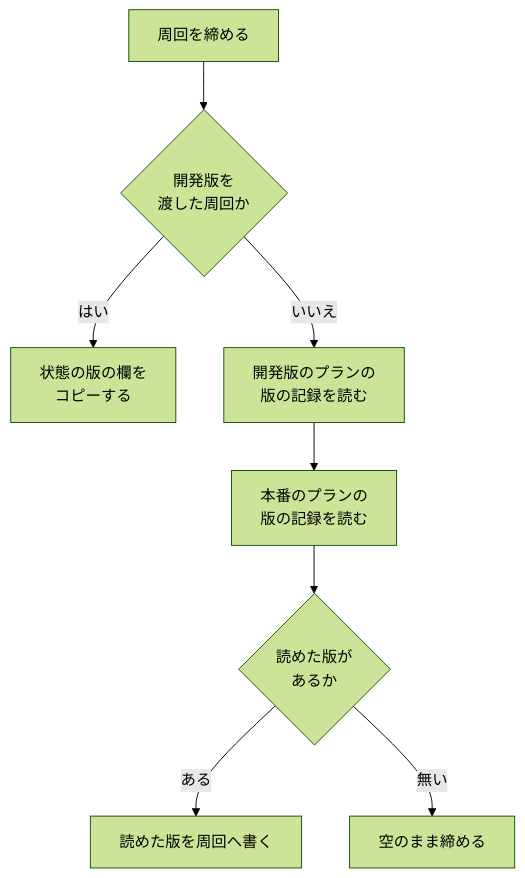
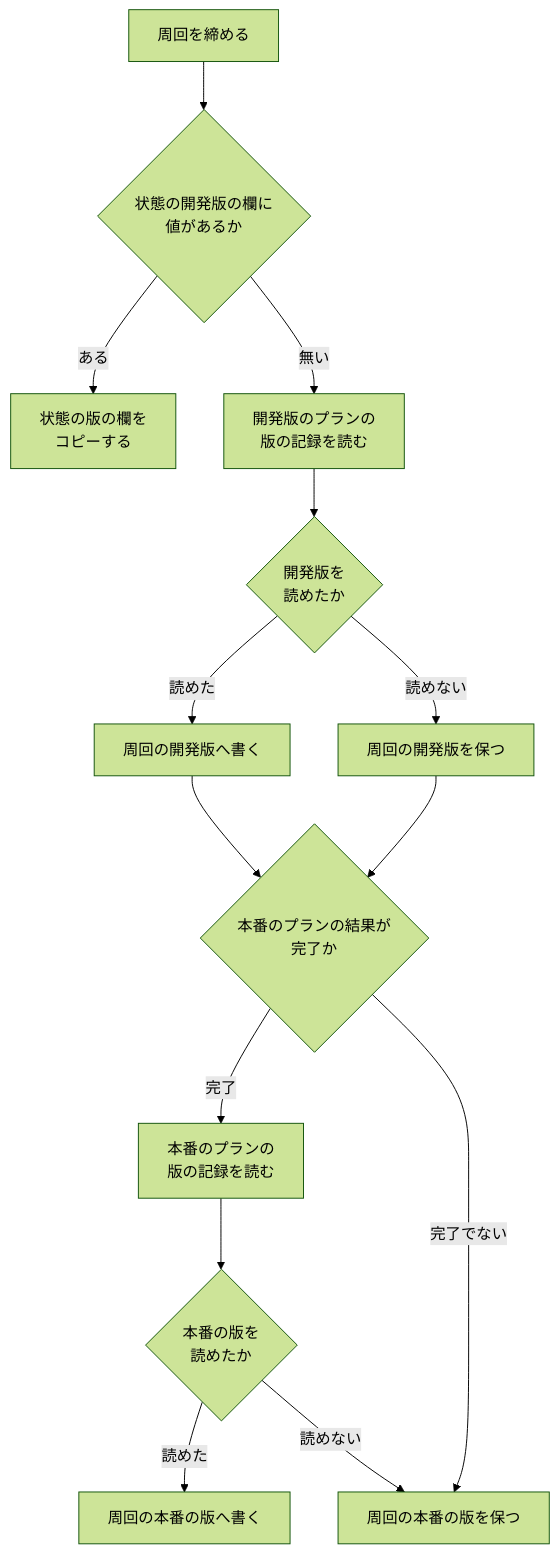
One commit to devbasex/ai-plugins changed the fifth of 5 diagrams in issues/issue-2354-design.md. Above: the diagram before and after it, drawn with Mermaid (forest theme). The commit also changed other lines of this file, not shown here.

````diff
--- a/issues/issue-2354-design.md
+++ b/issues/issue-2354-design.md
@@ -286,10 +287,16 @@
 ```mermaid
 graph TD
-    A[周回を締める] --> B{開発版を<br/>渡した周回か}
-    B -->|はい| C[状態の版の欄を<br/>コピーする]
-    B -->|いいえ| D[開発版のプランの<br/>版の記録を読む]
-    D --> E[本番のプランの<br/>版の記録を読む]
-    E --> F{読めた版が<br/>あるか}
-    F -->|ある| G[読めた版を周回へ書く]
-    F -->|無い| H[空のまま締める]
+    A[周回を締める] --> B{状態の開発版の欄に<br/>値があるか}
+    B -->|ある| C[状態の版の欄を<br/>コピーする]
+    B -->|無い| D[開発版のプランの<br/>版の記録を読む]
+    D --> E{開発版を<br/>読めたか}
+    E -->|読めた| F[周回の開発版へ書く]
+    E -->|読めない| G[周回の開発版を保つ]
+    F --> H{本番のプランの結果が<br/>完了か}
+    G --> H
+    H -->|完了| I[本番のプランの<br/>版の記録を読む]
+    H -->|完了でない| K[周回の本番の版を保つ]
+    I --> J{本番の版を<br/>読めたか}
+    J -->|読めた| L[周回の本番の版へ書く]
+    J -->|読めない| K
 ```
````
